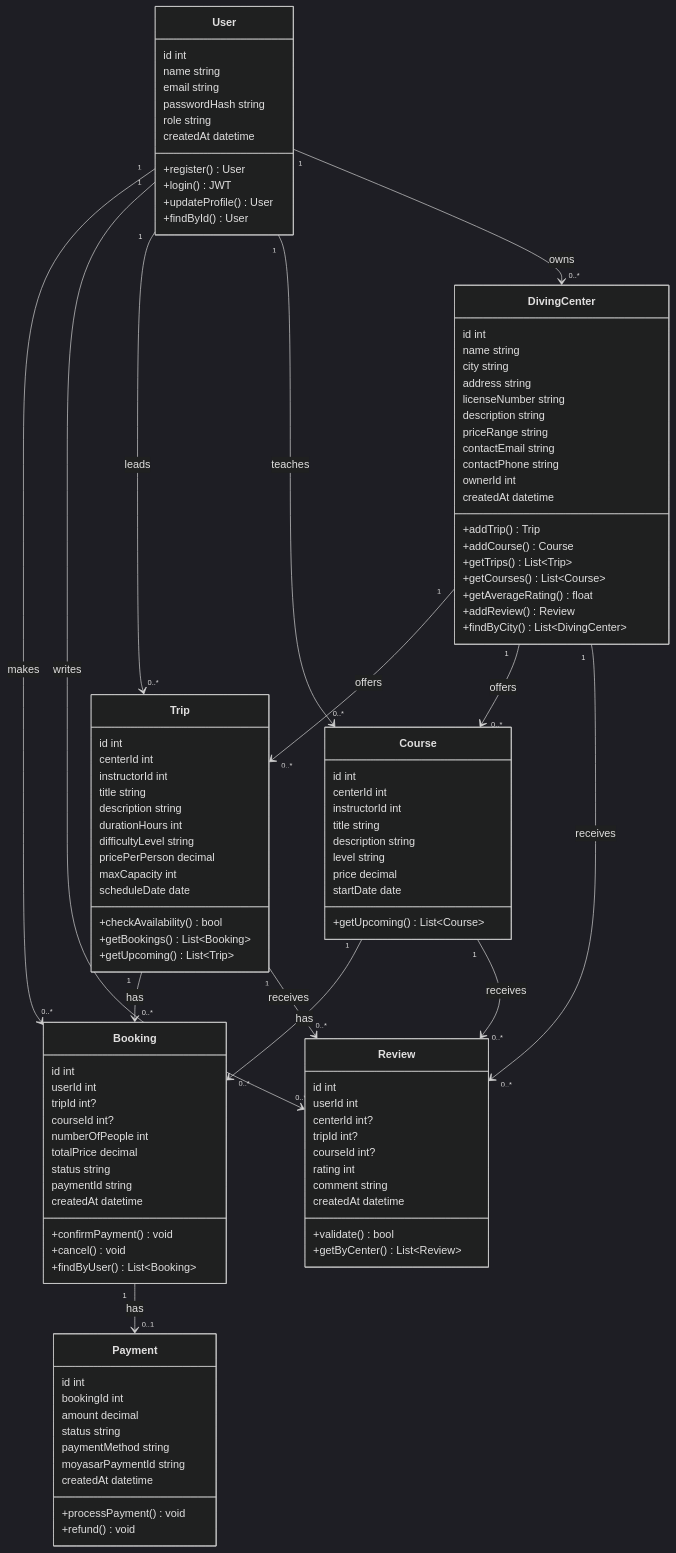
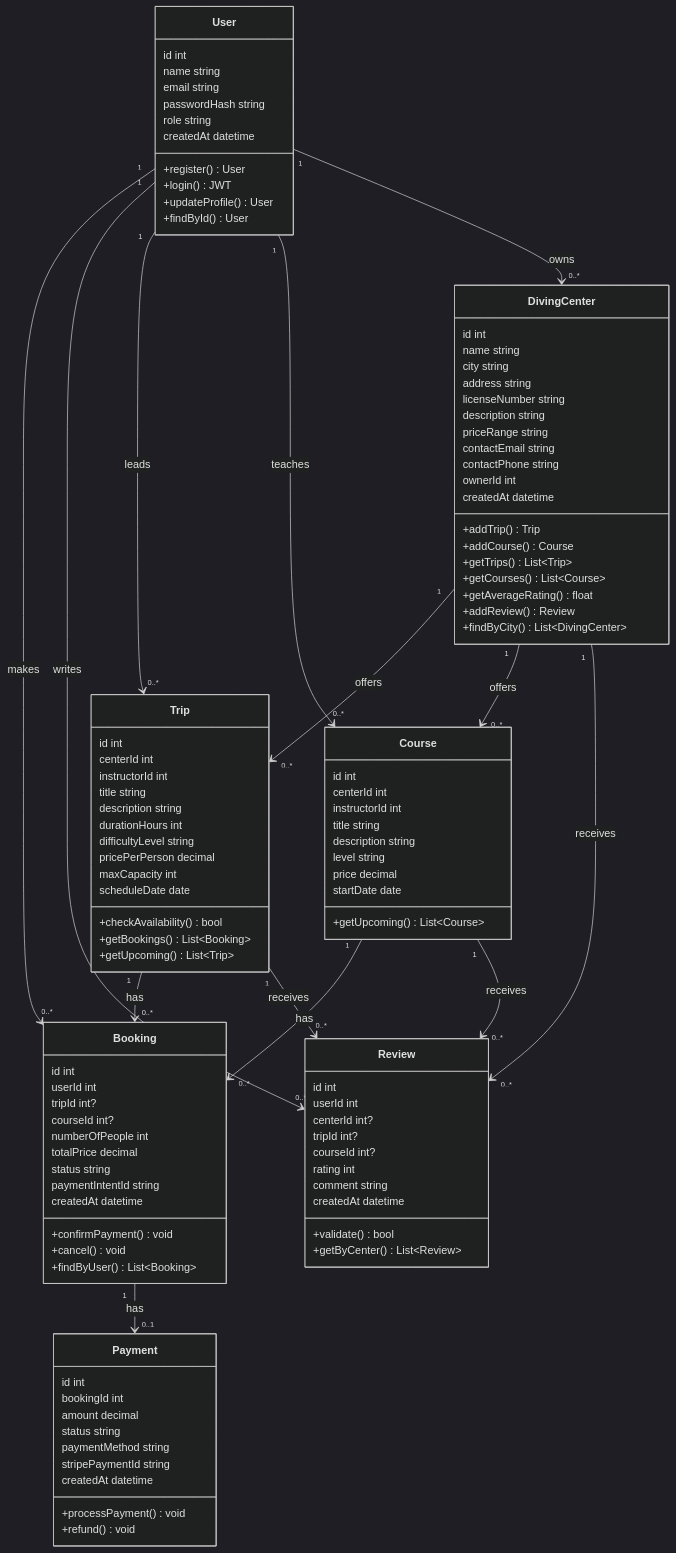
One commit to laradreamer79/Portfolio-Project changed the second of 6 diagrams in stage3/README.md. Above: the diagram before and after it, drawn with Mermaid (dark theme). The commit also changed other lines of this file, not shown here.

```diff
--- a/stage3/README.md
+++ b/stage3/README.md
@@ -274,7 +276,7 @@
     numberOfPeople int
     totalPrice decimal
     status string
-    paymentId string
+    paymentIntentId string
     createdAt datetime
 
     +confirmPayment() void
@@ -288,7 +290,7 @@
     amount decimal
     status string
     paymentMethod string
-    moyasarPaymentId string
+    stripePaymentId string
     createdAt datetime
 
     +processPayment() void
```
